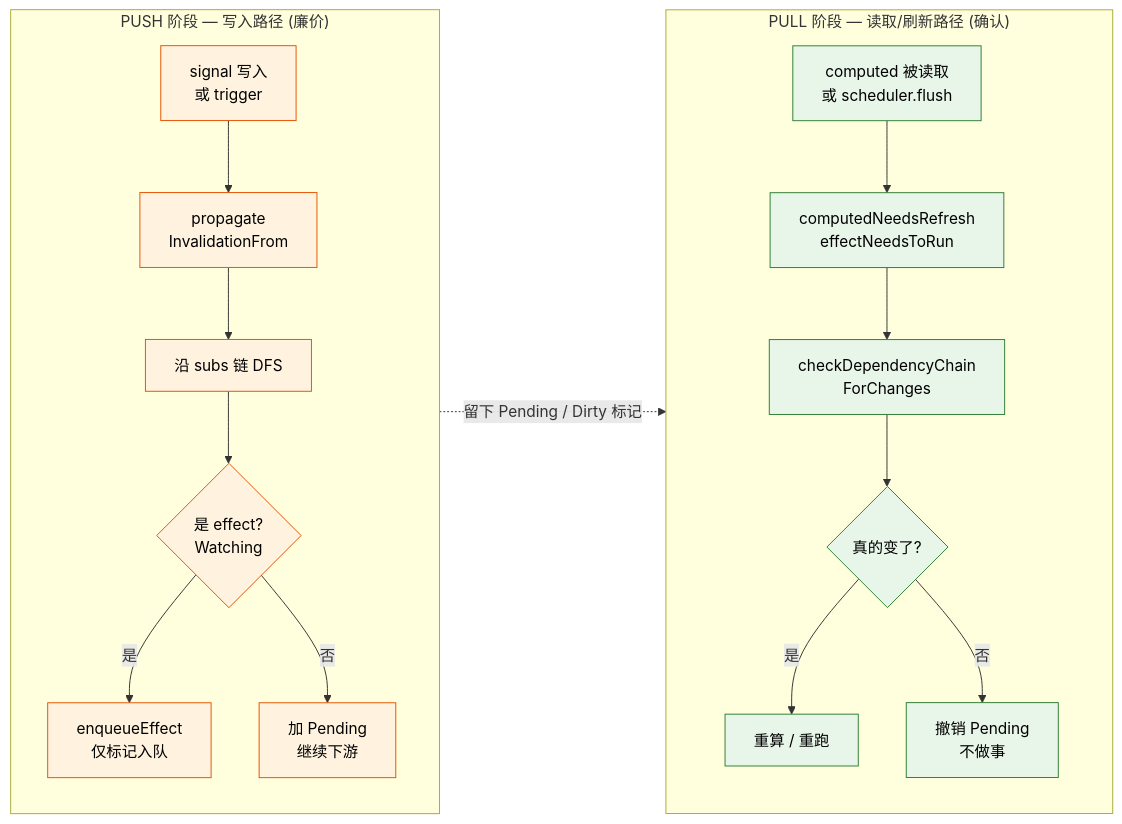
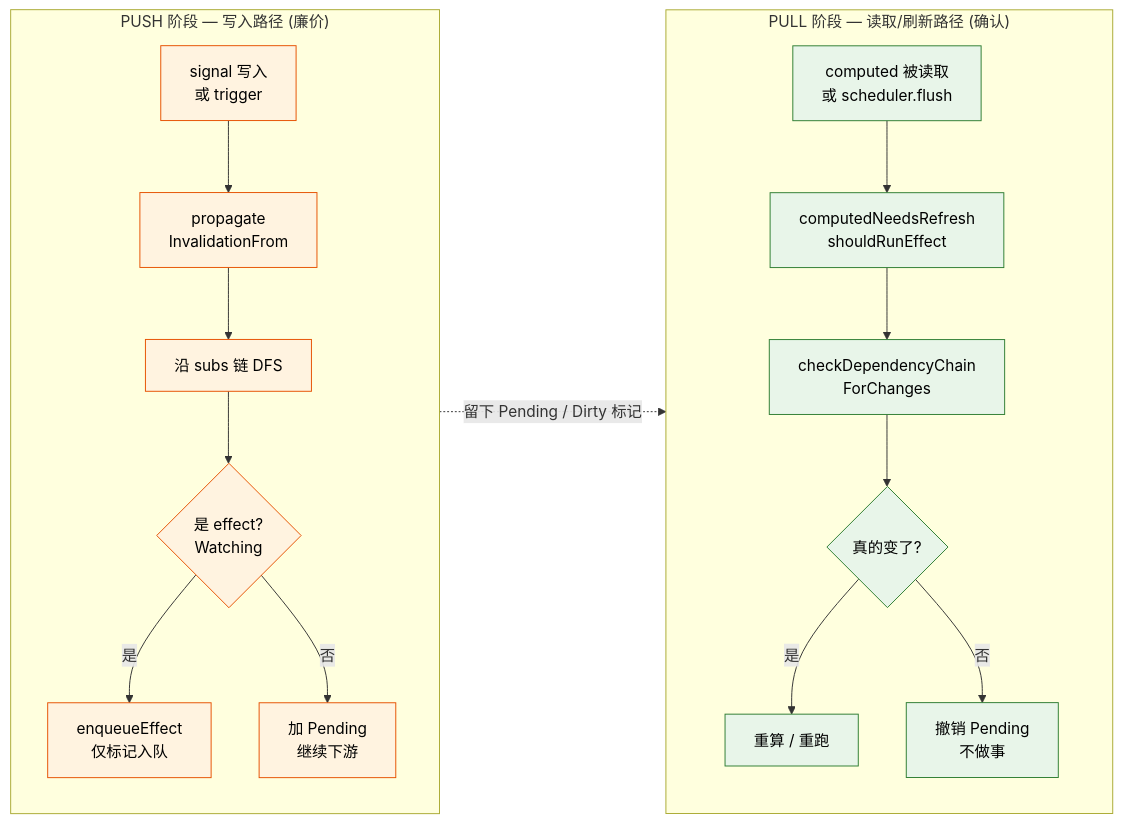
The first of 2 diagrams in refactored/docs/engine.md (YanqingXu/alien-signals-in-lua), drawn with Mermaid before and after one commit. The commit also changed other lines of this file and 15 other files, not shown here.

First line of the commit message:
refactor: Update scheduler and engine for improved effect handling

````diff
--- a/refactored/docs/engine.md
+++ b/refactored/docs/engine.md
@@ -49,27 +49,27 @@
 ```mermaid
 flowchart LR
     subgraph PUSH ["PUSH 阶段 — 写入路径 (廉价)"]
         direction TB
         W[signal 写入<br/>或 trigger] --> P1[propagate<br/>InvalidationFrom]
         P1 --> P2[沿 subs 链 DFS]
         P2 --> P3{是 effect?<br/>Watching}
         P3 -- 是 --> P4[enqueueEffect<br/>仅标记入队]
         P3 -- 否 --> P5[加 Pending<br/>继续下游]
     end
 
     subgraph PULL ["PULL 阶段 — 读取/刷新路径 (确认)"]
         direction TB
-        R[computed 被读取<br/>或 scheduler.flush] --> C1[computedNeedsRefresh<br/>effectNeedsToRun]
+        R[computed 被读取<br/>或 scheduler.flush] --> C1[computedNeedsRefresh<br/>shouldRunEffect]
         C1 --> C2[checkDependencyChain<br/>ForChanges]
         C2 --> C3{真的变了?}
         C3 -- 是 --> C4[重算 / 重跑]
         C3 -- 否 --> C5[撤销 Pending<br/>不做事]
     end
 
     PUSH -.-> |"留下 Pending / Dirty 标记"| PULL
 
     classDef push fill:#fff3e0,stroke:#e65100,color:#000
     classDef pull fill:#e8f5e9,stroke:#2e7d32,color:#000
     class W,P1,P2,P3,P4,P5 push
     class R,C1,C2,C3,C4,C5 pull
 ```
````
